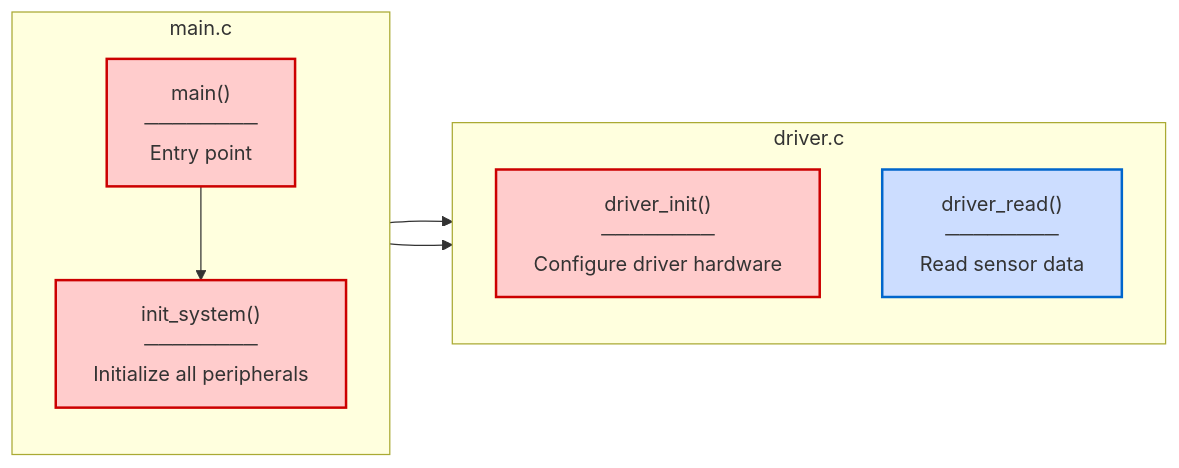
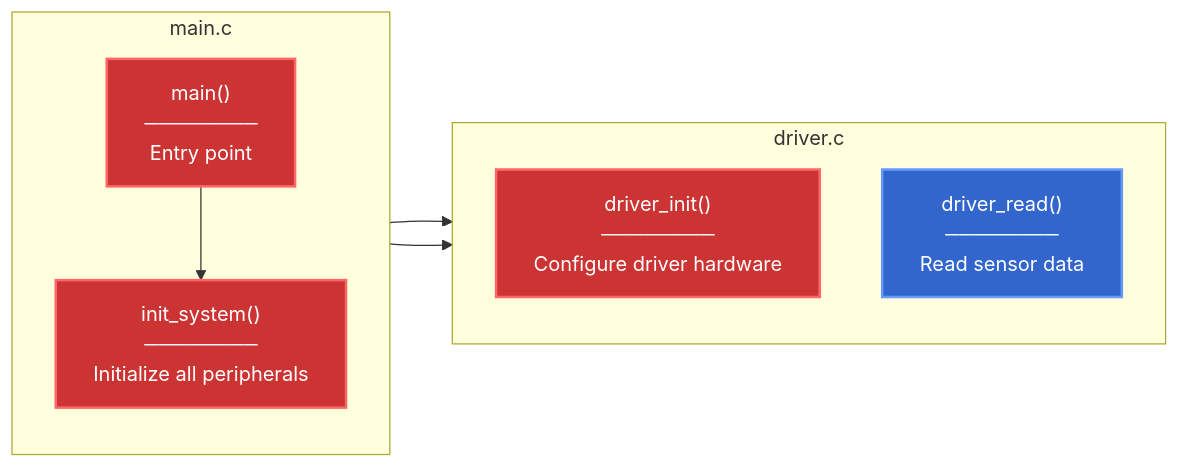
One commit to CBadweh/I2C_tmphm_RAM_CICD changed the second of 2 diagrams in .cursor/rules/generate-graph.mdc. Above: the diagram before and after it, drawn with Mermaid. The commit also changed other lines of this file, not shown here.

````diff
--- a/.cursor/rules/generate-graph.mdc
+++ b/.cursor/rules/generate-graph.mdc
@@ -135,26 +136,26 @@
 ```mermaid
 flowchart LR
     subgraph main["main.c"]
         direction TB
         main_func["main()<br/>────────<br/>Entry point"]
         init_sys["init_system()<br/>────────<br/>Initialize all peripherals"]
     end
     
     subgraph driver["driver.c"]
         direction TB
         drv_init["driver_init()<br/>────────<br/>Configure driver hardware"]
         drv_read["driver_read()<br/>────────<br/>Read sensor data"]
     end
     
     main_func --> init_sys
     init_sys --> drv_init
     main_func --> drv_read
     
     %% Chain 1: Initialization (red)
-    classDef chain1 fill:#ffcccc,stroke:#cc0000,stroke-width:2px
+    classDef chain1 fill:#cc3333,stroke:#ff6666,stroke-width:2px,color:#fff
     class main_func,init_sys,drv_init chain1
     
     %% Chain 2: Normal operation (blue)
-    classDef chain2 fill:#ccddff,stroke:#0066cc,stroke-width:2px
+    classDef chain2 fill:#3366cc,stroke:#6699ff,stroke-width:2px,color:#fff
     class drv_read chain2
 ```
````
